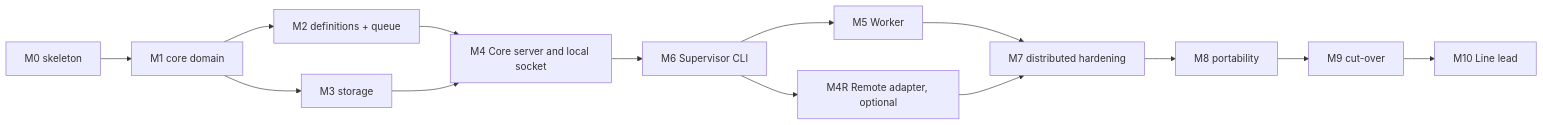
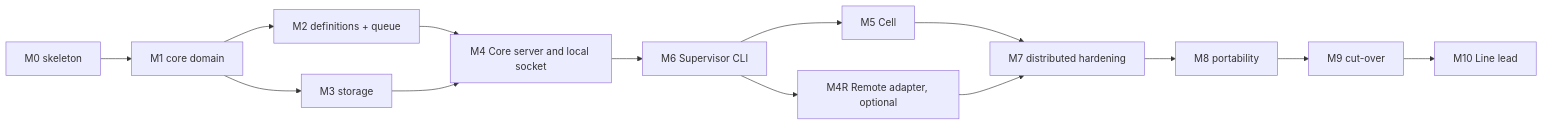
Before and after one commit to xyashino/software-factory: the diagram in docs/ROADMAP.md, drawn with Mermaid. The commit also changed other lines of this file and 10 other files, not shown here.

````diff
--- a/docs/ROADMAP.md
+++ b/docs/ROADMAP.md
@@ -51,16 +51,16 @@
 ```mermaid
 flowchart LR
   M0[M0 skeleton] --> M1[M1 core domain]
   M1 --> M2[M2 definitions + queue]
   M1 --> M3[M3 storage]
   M2 --> M4[M4 Core server and local socket]
   M3 --> M4
   M4 --> M6[M6 Supervisor CLI]
-  M6 --> M5[M5 Worker]
+  M6 --> M5[M5 Cell]
   M6 --> M4R[M4R Remote adapter, optional]
   M5 --> M7[M7 distributed hardening]
   M4R --> M7
   M7 --> M8[M8 portability]
   M8 --> M9[M9 cut-over]
   M9 --> M10[M10 Line lead]
 ```
````
